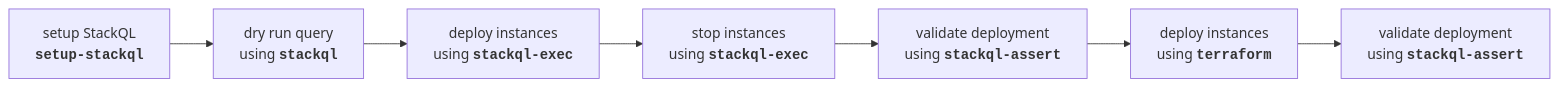
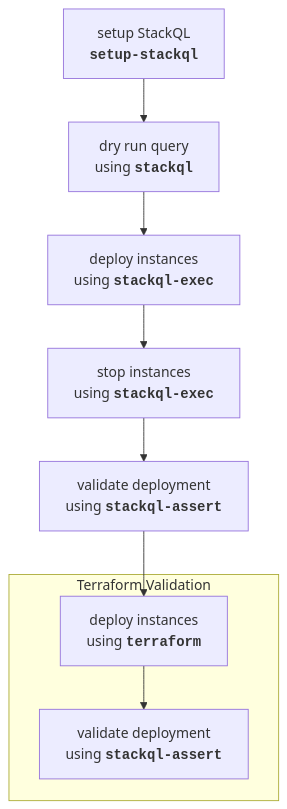
The diagram in README.md (stackql/stackql-actions-demo), drawn with Mermaid before and after one commit. The commit also changed other lines of this file and 13 other files, not shown here.

````diff
--- a/README.md
+++ b/README.md
@@ -18,9 +18,12 @@
 ```mermaid
-flowchart LR;
+flowchart TB
     1[setup StackQL\n<code><b>setup-stackql</b></code>]-->2[dry run query\nusing <code><b>stackql</b></code>];
     2-->3[deploy instances\nusing <code><b>stackql-exec</b></code>];
     3-->4[stop instances\nusing <code><b>stackql-exec</b></code>];
     4-->5[validate deployment\nusing <code><b>stackql-assert</b></code>];
-    5-->6[deploy instances\nusing <code><b>terraform</b></code>];
-    6-->7[validate deployment\nusing <code><b>stackql-assert</b></code>];
+    5-->6;
+
+    subgraph "Terraform Validation"
+        6[deploy instances\nusing <code><b>terraform</b></code>]-->7[validate deployment\nusing <code><b>stackql-assert</b></code>];
+    end
 ```
````
